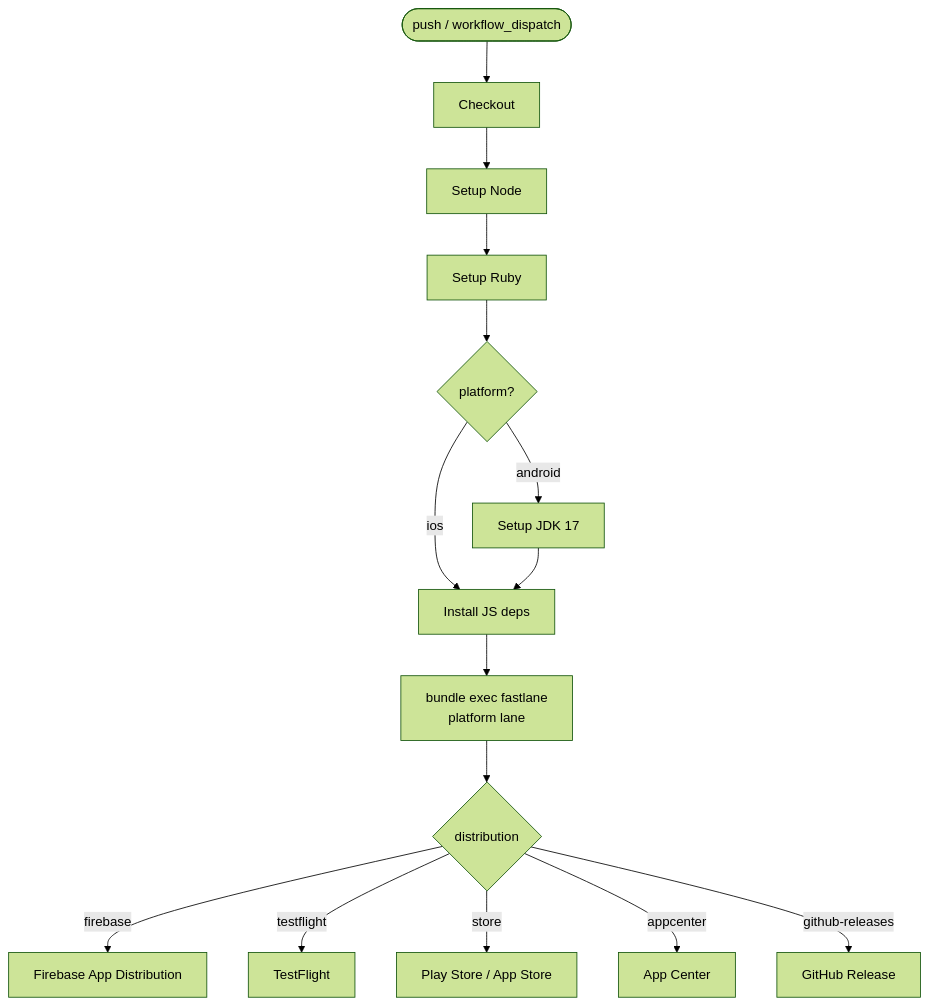
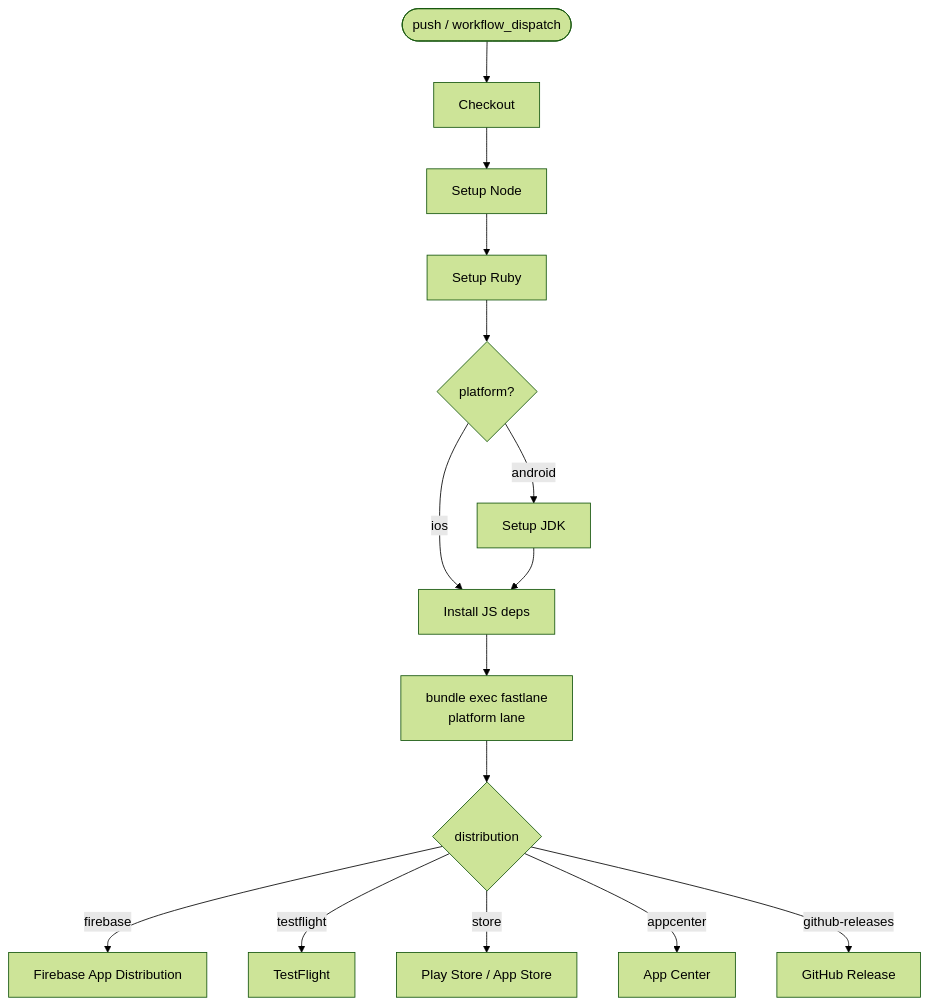
One commit to velascoamo-guillermo/rn-workflows changed the second of 2 diagrams in README.md. Above: the diagram before and after it, drawn with Mermaid (forest theme).

Commit message:
docs: remove version number from Setup JDK diagram label

````diff
--- a/README.md
+++ b/README.md
@@ -112,17 +112,17 @@
 ```mermaid
 flowchart TD
     A([push / workflow_dispatch]) --> B[Checkout]
     B --> C[Setup Node]
     C --> D[Setup Ruby]
     D --> E{platform?}
-    E -->|android| F[Setup JDK 17]
+    E -->|android| F[Setup JDK]
     E -->|ios| H
     F --> H[Install JS deps]
     H --> I["bundle exec fastlane<br/>platform lane"]
     I --> J{distribution}
     J -->|firebase| K[Firebase App Distribution]
     J -->|testflight| L[TestFlight]
     J -->|store| M[Play Store / App Store]
     J -->|appcenter| N[App Center]
     J -->|github-releases| O[GitHub Release]
 ```
````
